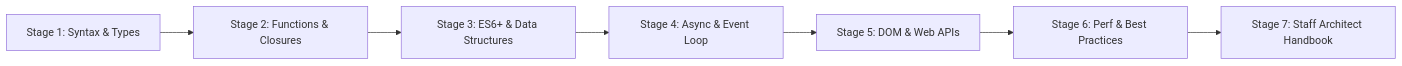
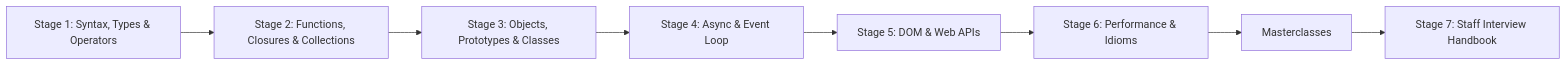
One commit to TheLearningHubOrg/learn-javascript changed the first of 28 diagrams in README.md. Above: the diagram before and after it, drawn with Mermaid. The commit also changed other lines of this file and 32 other files, not shown here.

````diff
--- a/README.md
+++ b/README.md
@@ -28,9 +31,10 @@
 ```mermaid
 flowchart LR
-    S1["Stage 1: Syntax & Types"] --> S2["Stage 2: Functions & Closures"]
-    S2 --> S3["Stage 3: ES6+ & Data Structures"]
+    S1["Stage 1: Syntax, Types & Operators"] --> S2["Stage 2: Functions, Closures & Collections"]
+    S2 --> S3["Stage 3: Objects, Prototypes & Classes"]
     S3 --> S4["Stage 4: Async & Event Loop"]
     S4 --> S5["Stage 5: DOM & Web APIs"]
-    S5 --> S6["Stage 6: Perf & Best Practices"]
-    S6 --> S7["Stage 7: Staff Architect Handbook"]
+    S5 --> S6["Stage 6: Performance & Idioms"]
+    S6 --> M["Masterclasses"]
+    M --> S7["Stage 7: Staff Interview Handbook"]
 ```
````
